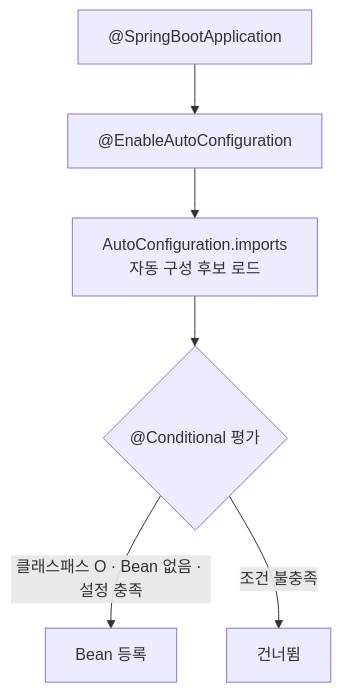
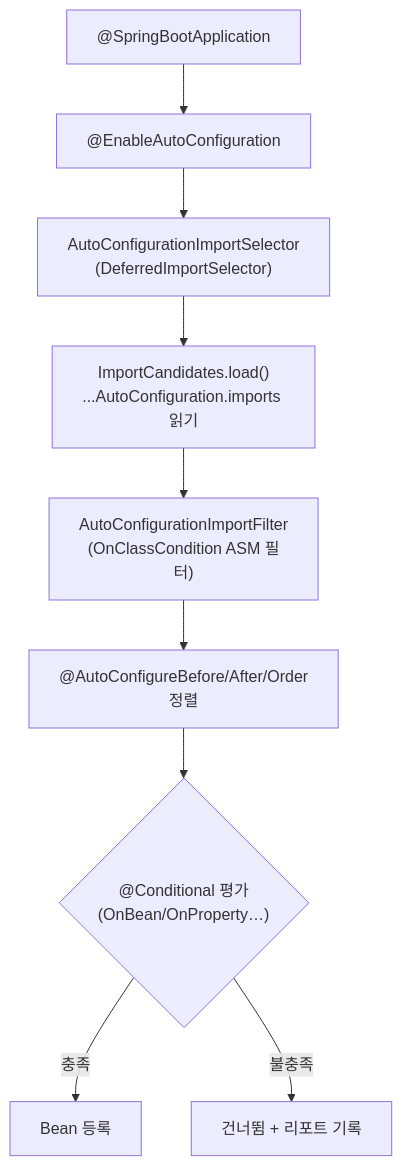
The diagram in _posts/2025-08-12-springboot-auto-configuration.md (parksangji/parksangji.github.io), drawn with Mermaid before and after one commit. The commit also changed other lines of this file and 22 other files, not shown here.

````diff
--- a/_posts/2025-08-12-springboot-auto-configuration.md
+++ b/_posts/2025-08-12-springboot-auto-configuration.md
@@ -58,8 +70,11 @@
 ```mermaid
 flowchart TD
     A["@SpringBootApplication"] --> B["@EnableAutoConfiguration"]
-    B --> C["AutoConfiguration.imports<br/>자동 구성 후보 로드"]
-    C --> D{"@Conditional 평가"}
-    D -->|"클래스패스 O · Bean 없음 · 설정 충족"| E[Bean 등록]
-    D -->|"조건 불충족"| F[건너뜀]
+    B --> C["AutoConfigurationImportSelector<br/>(DeferredImportSelector)"]
+    C --> D["ImportCandidates.load()<br/>...AutoConfiguration.imports 읽기"]
+    D --> E["AutoConfigurationImportFilter<br/>(OnClassCondition ASM 필터)"]
+    E --> F["@AutoConfigureBefore/After/Order<br/>정렬"]
+    F --> G{"@Conditional 평가<br/>(OnBean/OnProperty…)"}
+    G -->|충족| H[Bean 등록]
+    G -->|불충족| I[건너뜀 + 리포트 기록]
 ```
````
